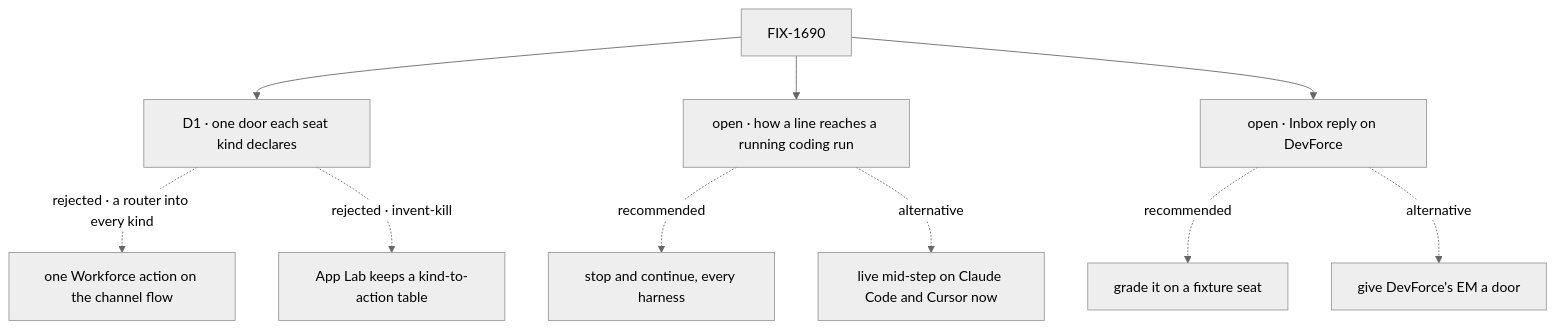
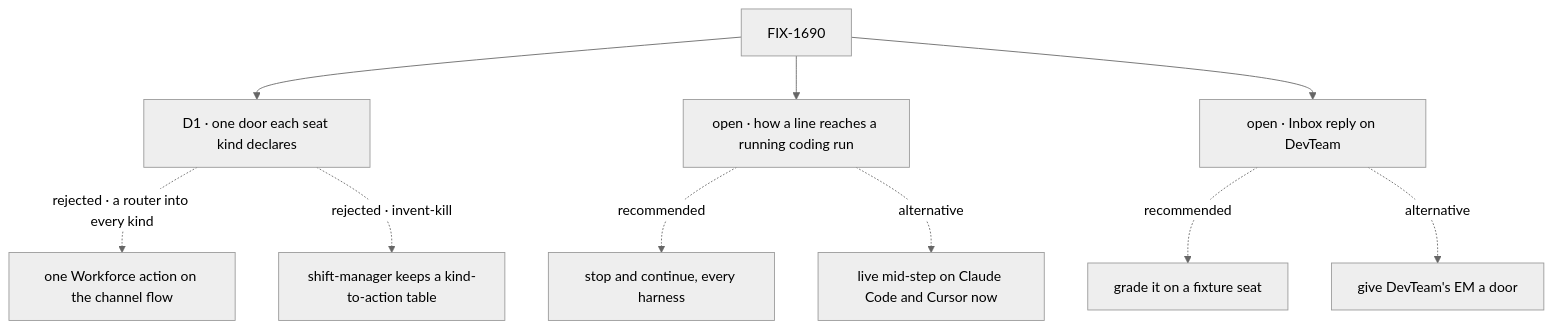
Before and after one commit to fixpoint-labs/flow-state-dev: the diagram in specs/issues/FIX-1690/DECISIONS.md, drawn with Mermaid (neutral theme). The commit also changed other lines of this file and 383 other files, not shown here.

First line of the commit message:
refactor: rename app-lab to shift-manager (FIX-1706)

````diff
--- a/specs/issues/FIX-1690/DECISIONS.md
+++ b/specs/issues/FIX-1690/DECISIONS.md
@@ -11,12 +11,12 @@
 ```mermaid
 flowchart TD
   I["FIX-1690"] --> D1["D1 · one door each seat kind declares"]
   D1 -.->|"rejected · a router into every kind"| X1["one Workforce action on the channel flow"]
-  D1 -.->|"rejected · invent-kill"| X1b["App Lab keeps a kind-to-action table"]
+  D1 -.->|"rejected · invent-kill"| X1b["shift-manager keeps a kind-to-action table"]
   I --> O1["open · how a line reaches a running coding run"]
   O1 -.->|"recommended"| Y1["stop and continue, every harness"]
   O1 -.->|"alternative"| Y2["live mid-step on Claude Code and Cursor now"]
-  I --> O2["open · Inbox reply on DevForce"]
+  I --> O2["open · Inbox reply on DevTeam"]
   O2 -.->|"recommended"| Z1["grade it on a fixture seat"]
-  O2 -.->|"alternative"| Z2["give DevForce's EM a door"]
+  O2 -.->|"alternative"| Z2["give DevTeam's EM a door"]
 ```
````
